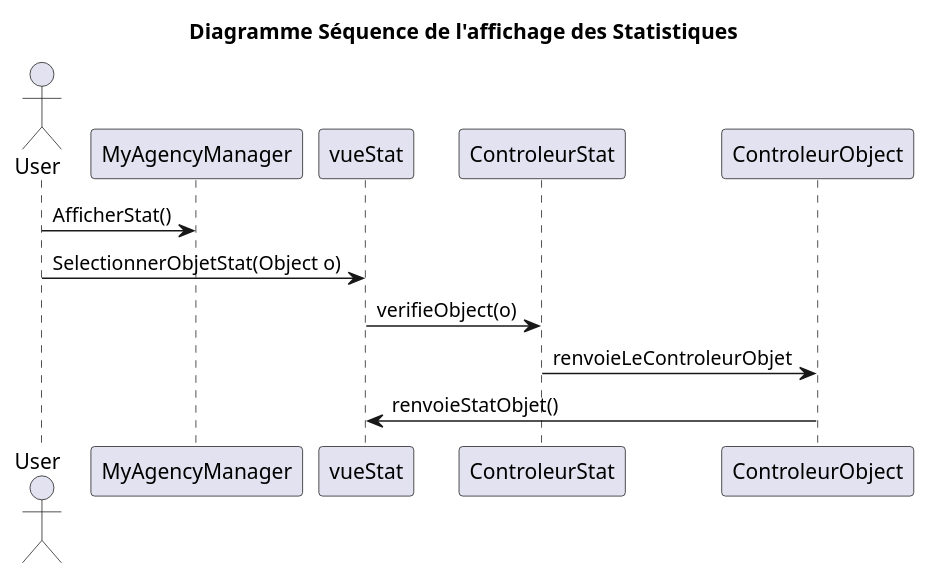
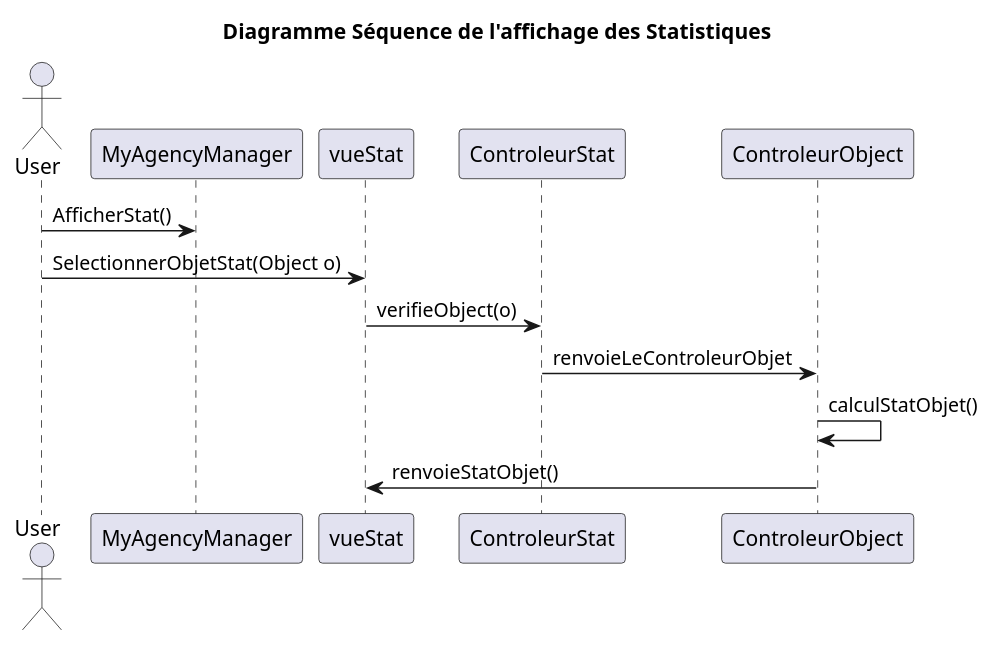
One commit to Arnaud-Sibade-Tlse/ProjetUML_Miashs changed the diagram in DossierConception/SeqAfficherStat.pu. Above: the diagram before and after it, drawn with PlantUML.

Commit message:
SEQUENCE : modif Stat

```diff
--- a/DossierConception/SeqAfficherStat.pu
+++ b/DossierConception/SeqAfficherStat.pu
@@ -1,11 +1,13 @@
 @startuml
 
 title Diagramme Séquence de l'affichage des Statistiques
 
 actor User as U
 U -> MyAgencyManager : AfficherStat()
 U -> vueStat :SelectionnerObjetStat(Object o)
 vueStat -> ControleurStat : verifieObject(o)
 ControleurStat -> ControleurObject :renvoieLeControleurObjet
+ControleurObject -> ControleurObject: calculStatObjet()
+
 ControleurObject -> vueStat: renvoieStatObjet()
 @enduml
```
